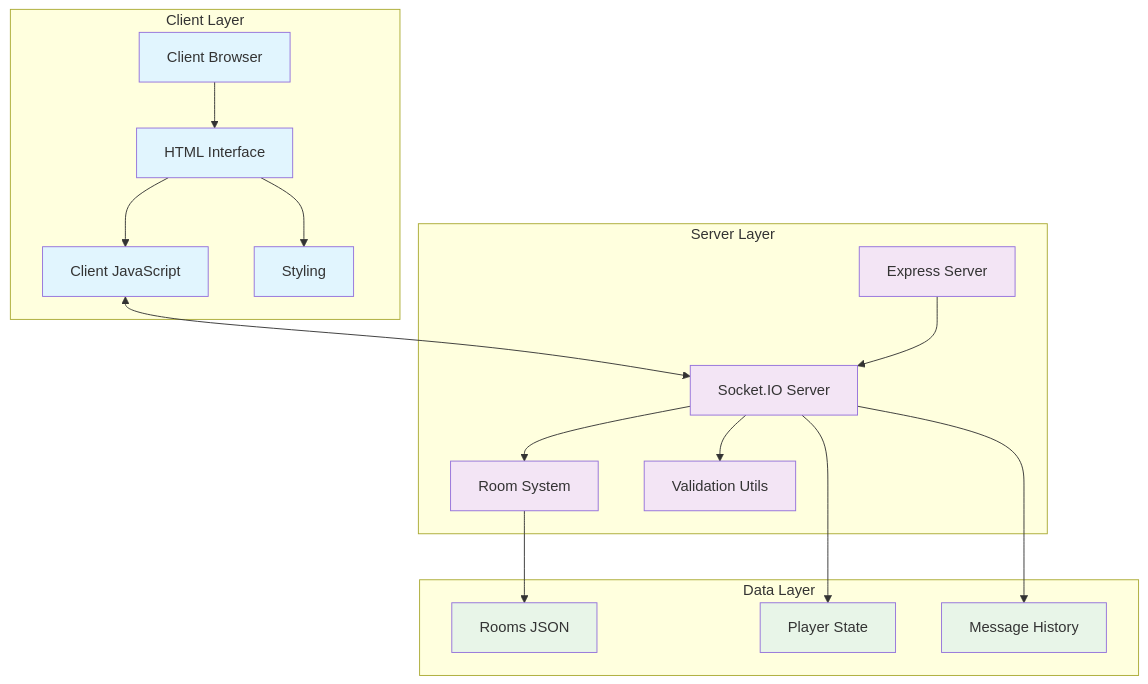
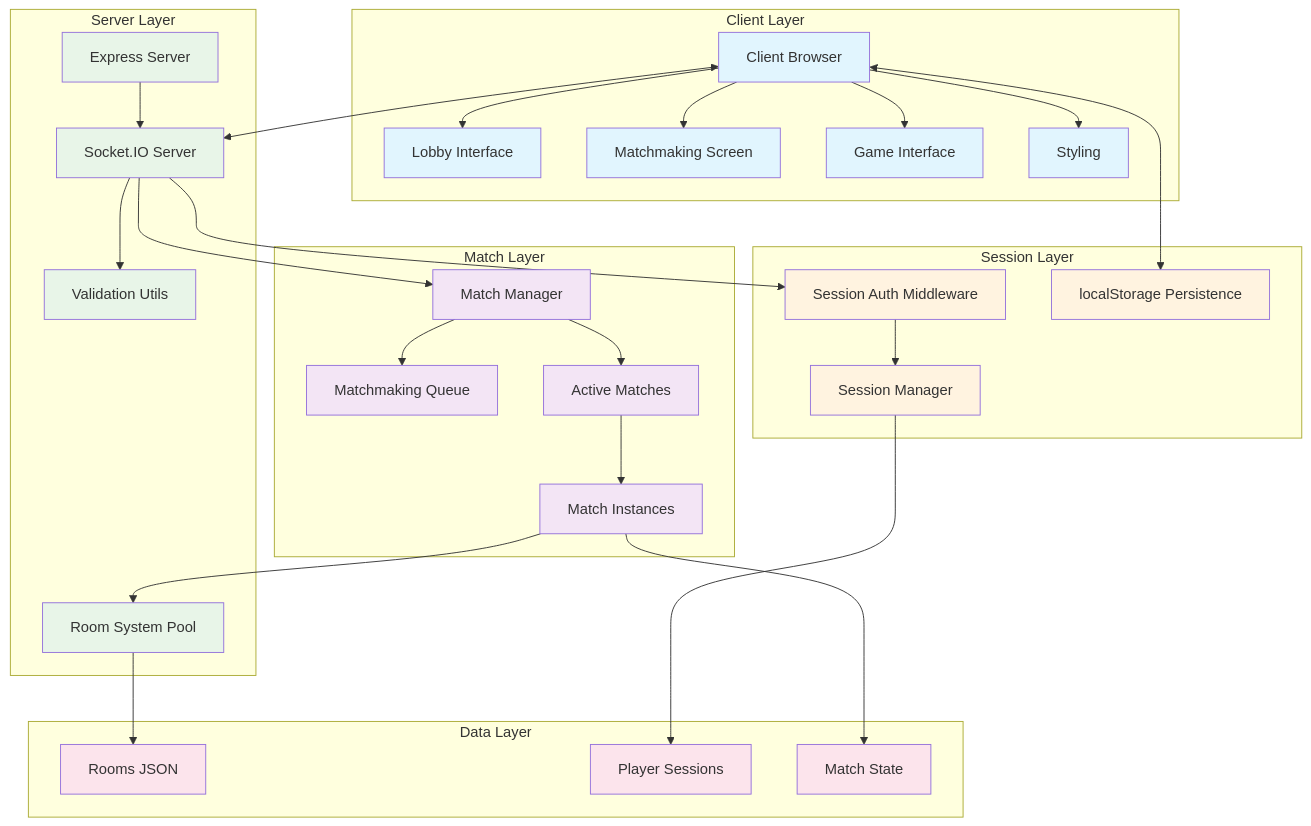
One commit to MichelPescina/JogoTesto changed the first of 8 diagrams in documentation/TECH_OVERVIEW.md. Above: the diagram before and after it, drawn with Mermaid. The commit also changed other lines of this file and 1 other file, not shown here.

````diff
--- a/documentation/TECH_OVERVIEW.md
+++ b/documentation/TECH_OVERVIEW.md
@@ -9,41 +9,70 @@
 ```mermaid
 graph TB
     subgraph "Client Layer"
         C[Client Browser]
-        H[HTML Interface]
-        JS[Client JavaScript]
+        L[Lobby Interface]
+        M[Matchmaking Screen]
+        G[Game Interface]
         CSS[Styling]
+    end
+    
+    subgraph "Session Layer"
+        SM[Session Manager]
+        SA[Session Auth Middleware]
+        LS[localStorage Persistence]
+    end
+    
+    subgraph "Match Layer"
+        MM[Match Manager]
+        MQ[Matchmaking Queue]
+        MA[Active Matches]
+        MC[Match Instances]
     end
     
     subgraph "Server Layer"
         S[Express Server]
         IO[Socket.IO Server]
-        RS[Room System]
+        RS[Room System Pool]
         V[Validation Utils]
     end
     
     subgraph "Data Layer"
         R[Rooms JSON]
-        P[Player State]
-        M[Message History]
+        P[Player Sessions]
+        MS[Match State]
     end
     
-    C --> H
-    H --> JS
-    H --> CSS
-    JS <--> IO
+    C --> L
+    C --> M  
+    C --> G
+    C --> CSS
+    C <--> LS
+    C <--> IO
+    
+    IO --> SA
+    SA --> SM
+    SM --> P
+    
+    IO --> MM
+    MM --> MQ
+    MM --> MA
+    MA --> MC
+    MC --> RS
+    
     S --> IO
-    IO --> RS
     IO --> V
     RS --> R
-    IO --> P
-    IO --> M
+    MC --> MS
     
     classDef client fill:#e1f5fe
-    classDef server fill:#f3e5f5
-    classDef data fill:#e8f5e8
+    classDef session fill:#fff3e0
+    classDef match fill:#f3e5f5
+    classDef server fill:#e8f5e8
+    classDef data fill:#fce4ec
     
-    class C,H,JS,CSS client
+    class C,L,M,G,CSS client
+    class SM,SA,LS session
+    class MM,MQ,MA,MC match
     class S,IO,RS,V server
-    class R,P,M data
+    class R,P,MS data
 ```
````
